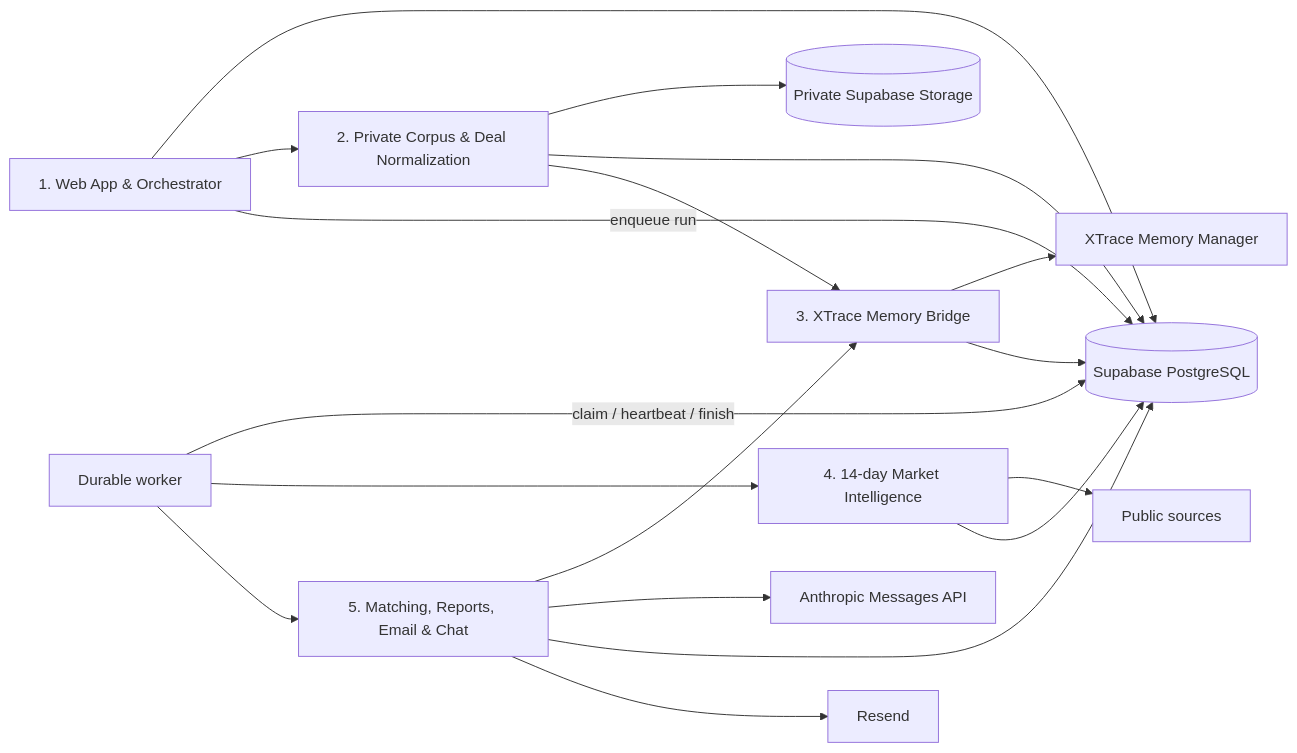
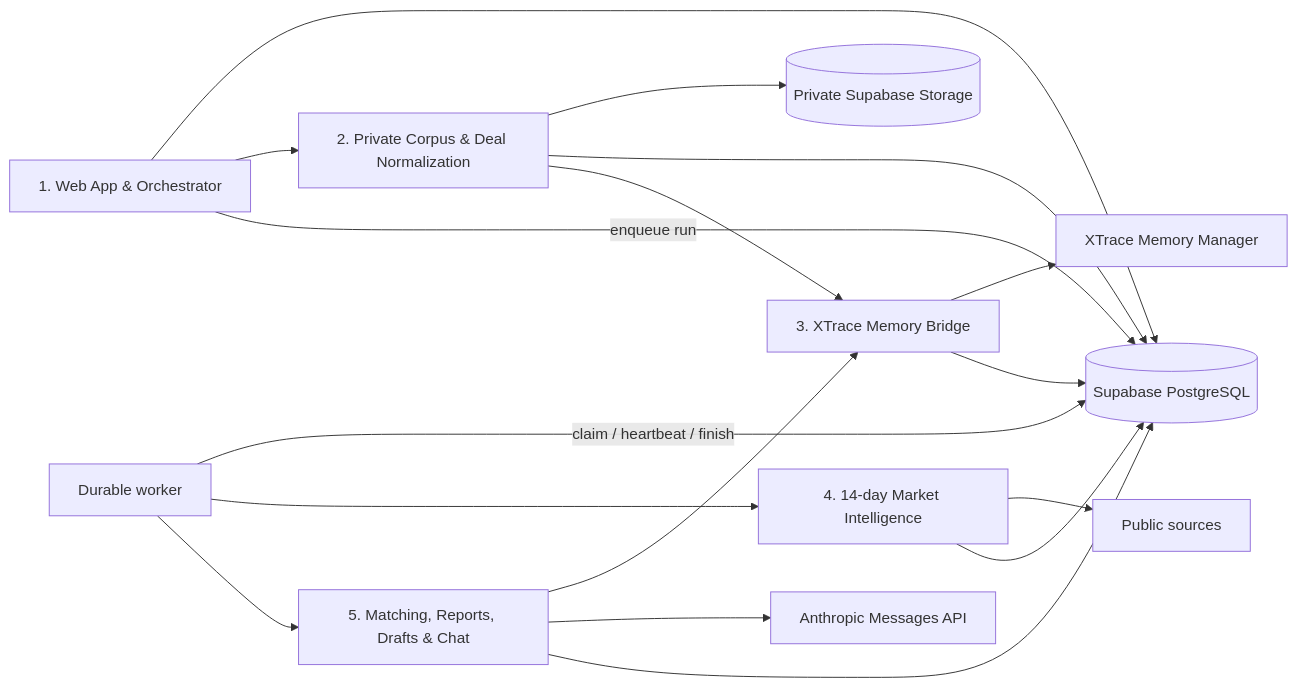
Before and after one commit to CoKayne/XTrace_Hackathon: the diagram in docs/superpowers/specs/2026-07-23-xtrace-vc-demo-integration-design.md, drawn with Mermaid. The commit also changed other lines of this file, not shown here.

Commit message:
docs: replace report email with internal draft

````diff
--- a/docs/superpowers/specs/2026-07-23-xtrace-vc-demo-integration-design.md
+++ b/docs/superpowers/specs/2026-07-23-xtrace-vc-demo-integration-design.md
@@ -124,33 +130,31 @@
 ```mermaid
 flowchart LR
     UI["1. Web App & Orchestrator"]
     CORPUS["2. Private Corpus & Deal Normalization"]
     MEMORY["3. XTrace Memory Bridge"]
     MARKET["4. 14-day Market Intelligence"]
-    REASON["5. Matching, Reports, Email & Chat"]
+    REASON["5. Matching, Reports, Drafts & Chat"]
     DB[("Supabase PostgreSQL")]
     STORAGE[("Private Supabase Storage")]
     XT["XTrace Memory Manager"]
     CLAUDE["Anthropic Messages API"]
     SOURCES["Public sources"]
-    RESEND["Resend"]
     WORKER["Durable worker"]
 
     UI --> DB
     UI --> CORPUS
     CORPUS --> STORAGE
     CORPUS --> DB
     CORPUS --> MEMORY
     MEMORY --> XT
     MEMORY --> DB
     UI -->|"enqueue run"| DB
     WORKER -->|"claim / heartbeat / finish"| DB
     WORKER --> MARKET
     MARKET --> SOURCES
     MARKET --> DB
     WORKER --> REASON
     REASON --> MEMORY
     REASON --> CLAUDE
     REASON --> DB
-    REASON --> RESEND
 ```
````
